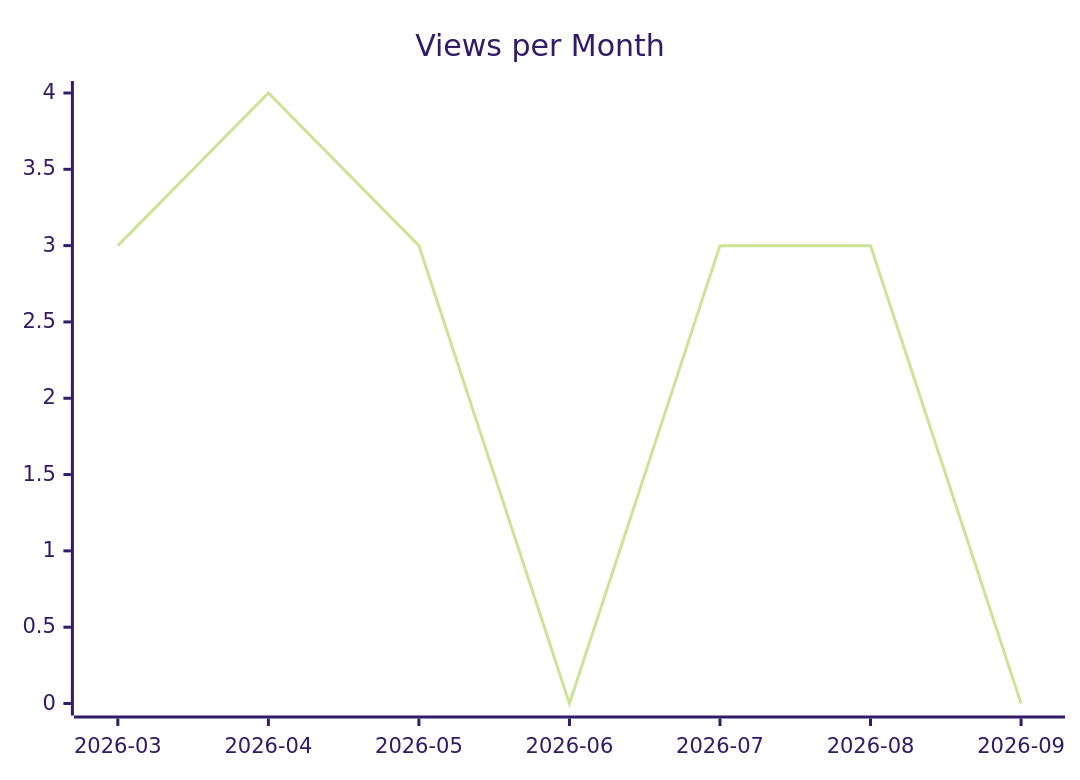
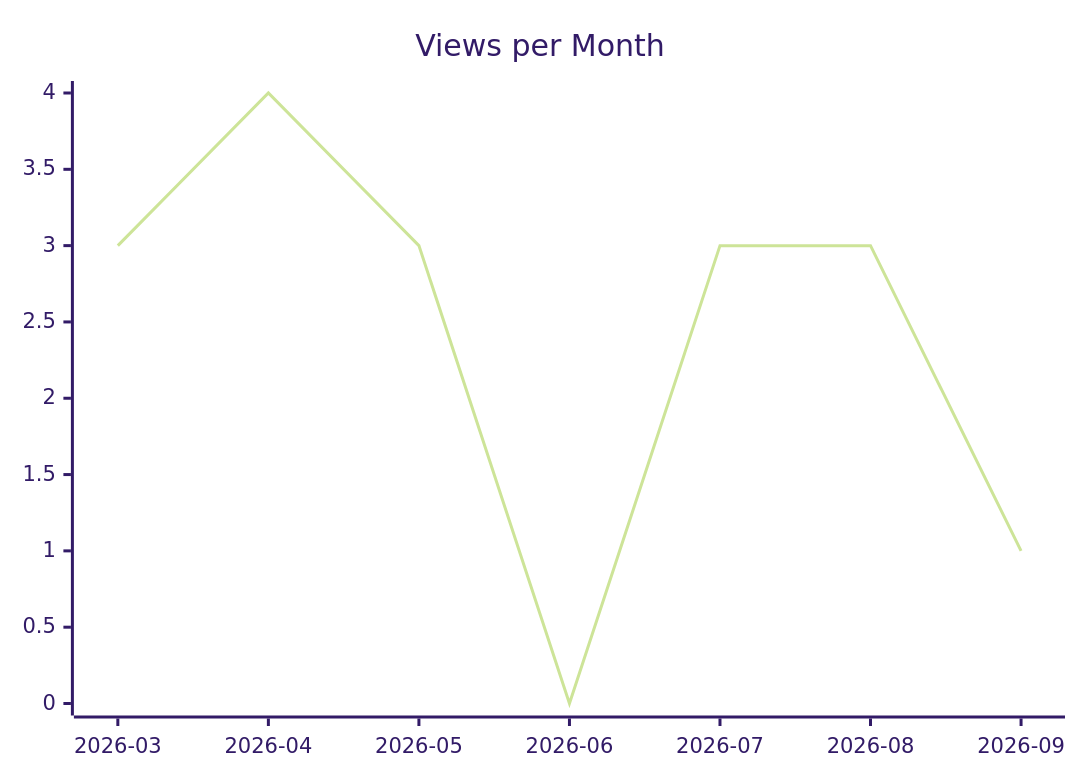
One commit to justdavis-family/github-analytics-data changed the second of 3 diagrams in karlmdavis/kxml2/README.md. Above: the diagram before and after it, drawn with Mermaid (forest theme). The commit also changed other lines of this file and 192 other files, not shown here.

````diff
--- a/karlmdavis/kxml2/README.md
+++ b/karlmdavis/kxml2/README.md
@@ -12,6 +12,6 @@
 ```mermaid
 xychart-beta
   title "Views per Month"
   x-axis ["2026-03", "2026-04", "2026-05", "2026-06", "2026-07", "2026-08", "2026-09"]
-  line [3, 4, 3, 0, 3, 3, 0]
+  line [3, 4, 3, 0, 3, 3, 1]
 ```
````
